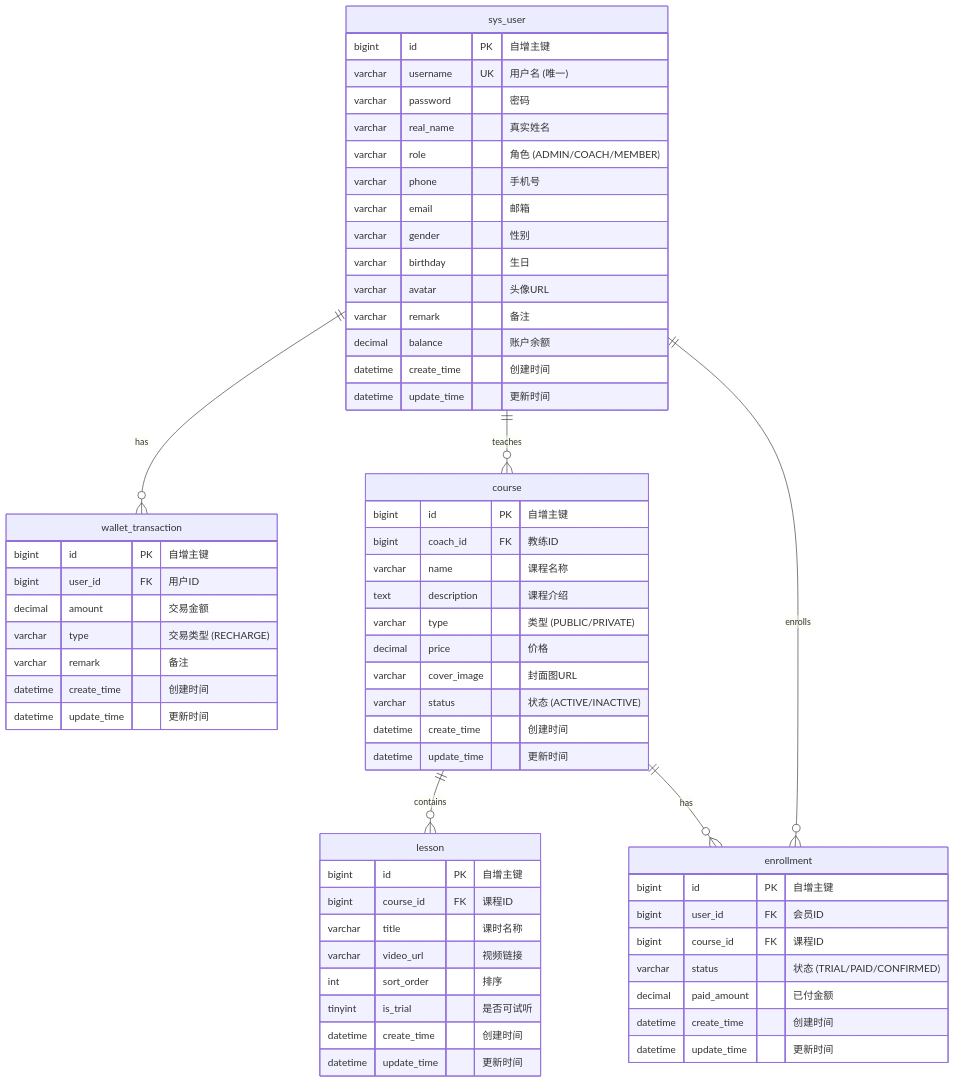
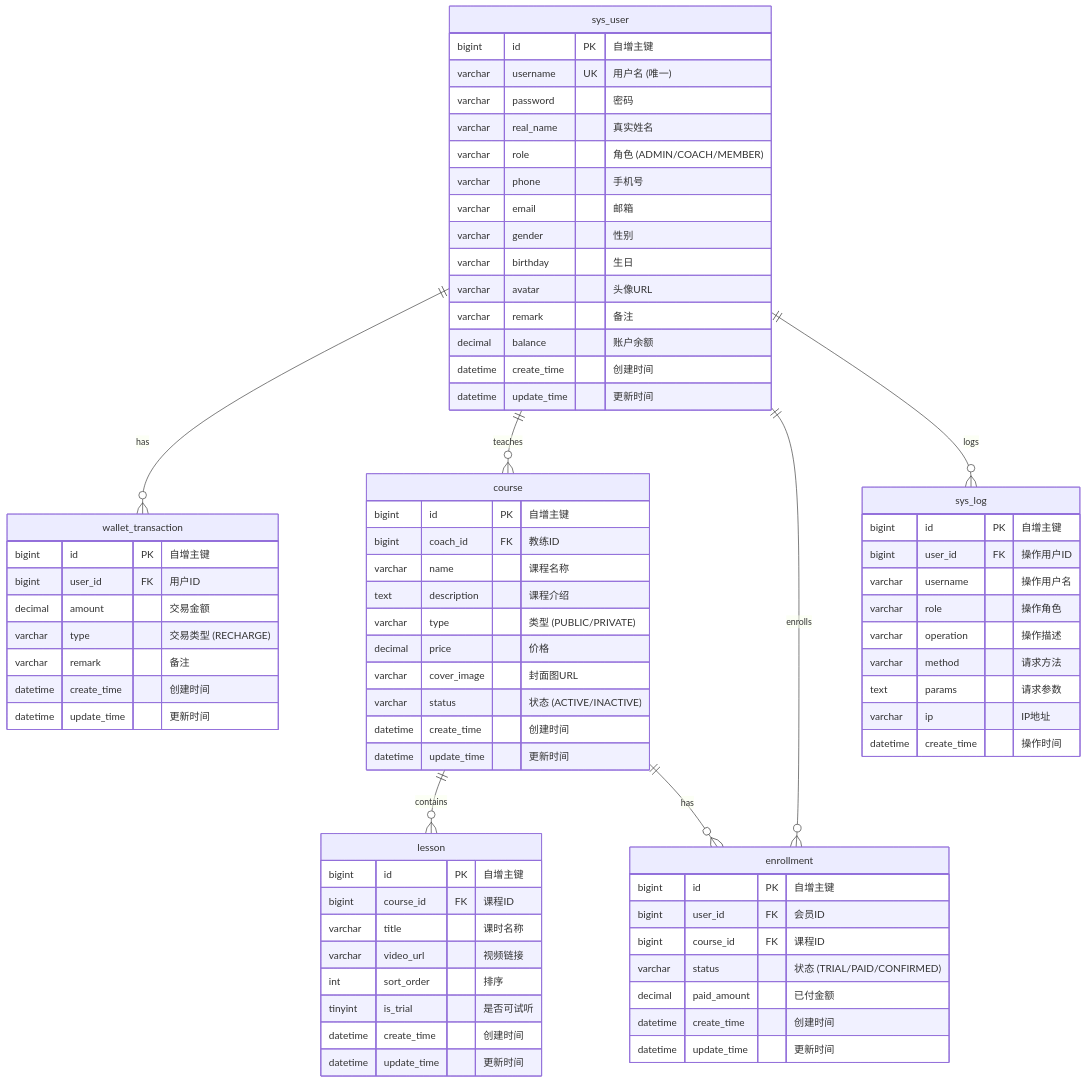
The second of 9 diagrams in 业务文档.md (CarefacACE/WorkForSports), drawn with Mermaid before and after one commit. The commit also changed other lines of this file and 23 other files, not shown here.

````diff
--- a/业务文档.md
+++ b/业务文档.md
@@ -283,8 +308,21 @@
         datetime update_time "更新时间"
     }
 
+    sys_log {
+        bigint id PK "自增主键"
+        bigint user_id FK "操作用户ID"
+        varchar username "操作用户名"
+        varchar role "操作角色"
+        varchar operation "操作描述"
+        varchar method "请求方法"
+        text params "请求参数"
+        varchar ip "IP地址"
+        datetime create_time "操作时间"
+    }
+
     sys_user ||--o{ course : "teaches"
     sys_user ||--o{ enrollment : "enrolls"
+    sys_user ||--o{ sys_log : "logs"
     course ||--o{ lesson : "contains"
     course ||--o{ enrollment : "has"
 ```
````
